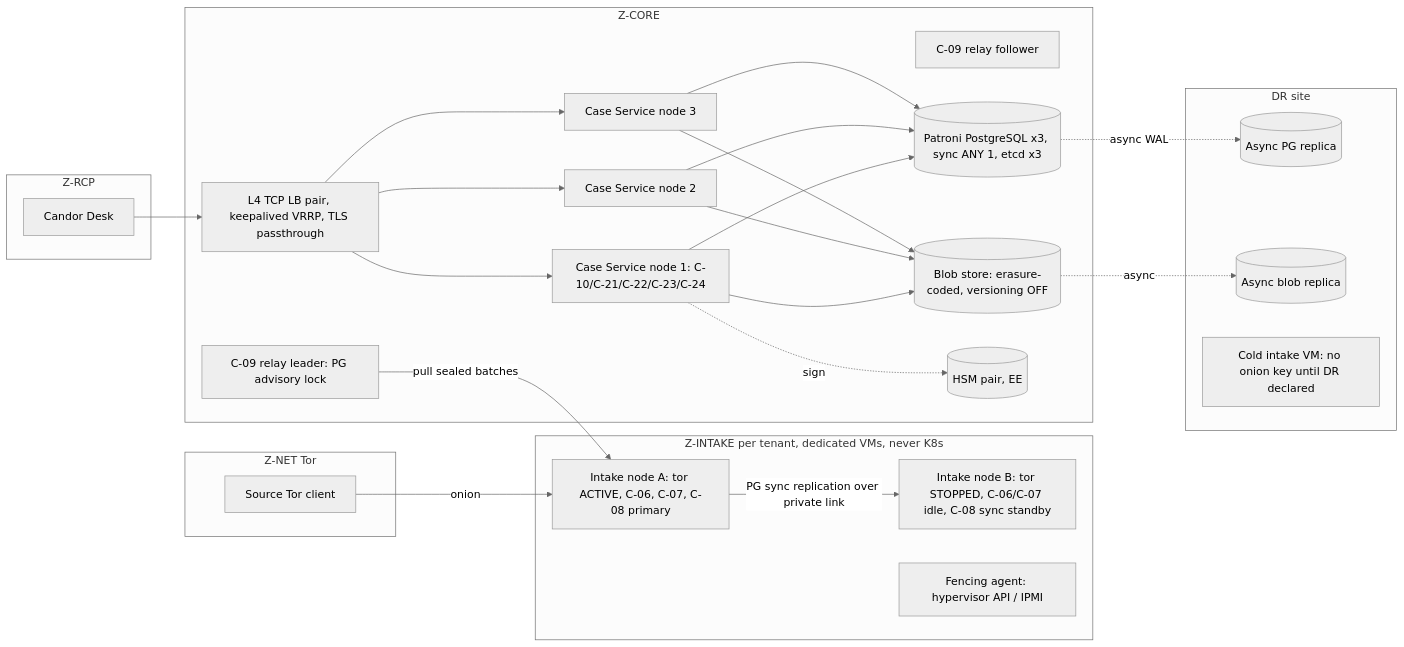
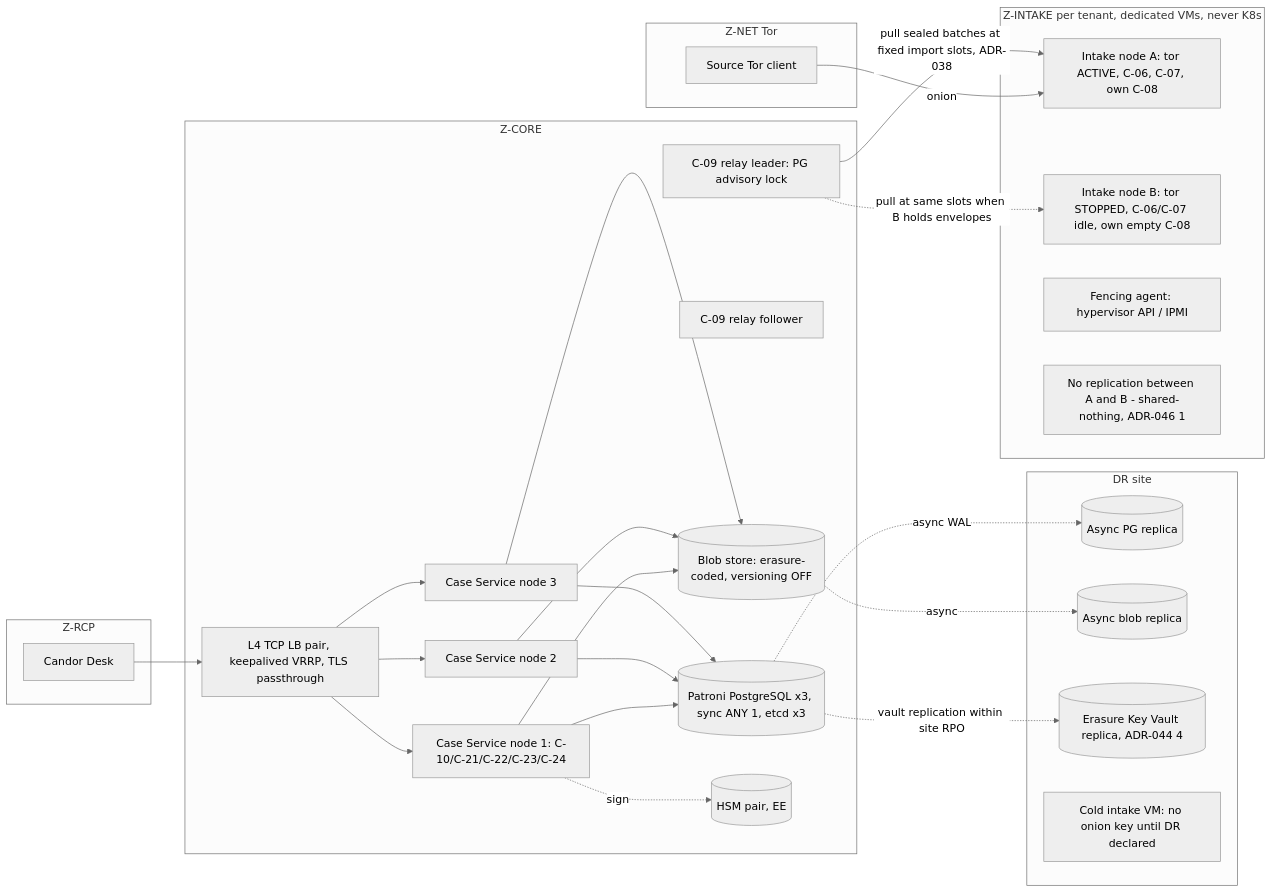
Before and after one commit to djshellshoxxx/leaks: the first of 2 diagrams in specs/21-ENTERPRISE.md, drawn with Mermaid (neutral theme). The commit also changed other lines of this file and 24 other files, not shown here.

````diff
--- a/specs/21-ENTERPRISE.md
+++ b/specs/21-ENTERPRISE.md
@@ -140,38 +147,41 @@
 ```mermaid
 flowchart LR
   subgraph ZNET[Z-NET Tor]
     S[Source Tor client]
   end
   subgraph ZINTAKE[Z-INTAKE per tenant, dedicated VMs, never K8s]
-    IA[Intake node A: tor ACTIVE, C-06, C-07, C-08 primary]
-    IB[Intake node B: tor STOPPED, C-06/C-07 idle, C-08 sync standby]
-    IA -- PG sync replication over private link --> IB
+    IA[Intake node A: tor ACTIVE, C-06, C-07, own C-08]
+    IB[Intake node B: tor STOPPED, C-06/C-07 idle, own empty C-08]
     F[Fencing agent: hypervisor API / IPMI]
+    NOTE[No replication between A and B - shared-nothing, ADR-046 1]
   end
   subgraph ZCORE[Z-CORE]
     R1[C-09 relay leader: PG advisory lock]
     R2[C-09 relay follower]
     LB[L4 TCP LB pair, keepalived VRRP, TLS passthrough]
     CS1[Case Service node 1: C-10/C-21/C-22/C-23/C-24]
     CS2[Case Service node 2]
     CS3[Case Service node 3]
     PG[(Patroni PostgreSQL x3, sync ANY 1, etcd x3)]
     OB[(Blob store: erasure-coded, versioning OFF)]
     HSM[(HSM pair, EE)]
   end
   subgraph ZRCP[Z-RCP]
     D[Candor Desk]
   end
   subgraph DR[DR site]
     PGDR[(Async PG replica)]
     OBDR[(Async blob replica)]
+    EKVDR[(Erasure Key Vault replica, ADR-044 4)]
     IDR[Cold intake VM: no onion key until DR declared]
   end
   S -->|onion| IA
-  R1 -->|pull sealed batches| IA
+  R1 -->|pull sealed batches at fixed import slots, ADR-038| IA
+  R1 -.pull at same slots when B holds envelopes.-> IB
   D --> LB --> CS1 & CS2 & CS3
   CS1 & CS2 & CS3 --> PG & OB
   CS1 -.sign.-> HSM
   PG -. async WAL .-> PGDR
   OB -. async .-> OBDR
+  PG -. vault replication within site RPO .-> EKVDR
 ```
````
